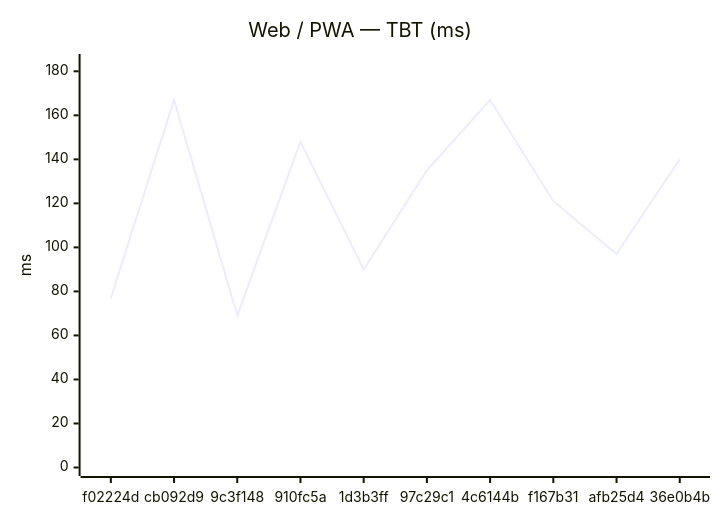
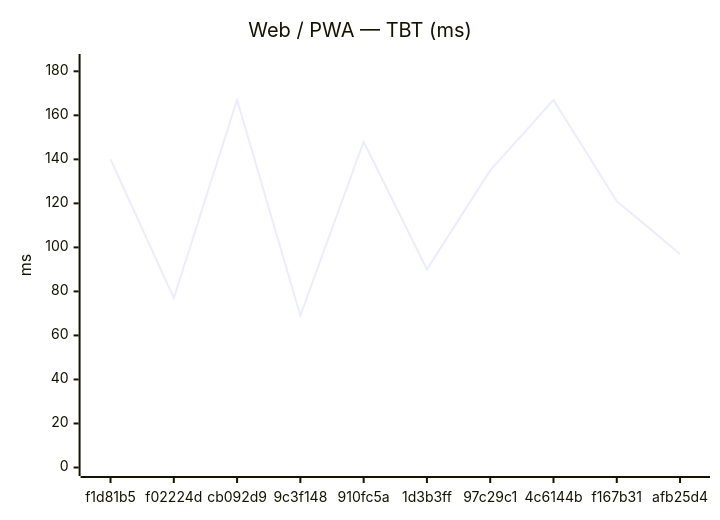
The second of 18 diagrams in benchmarks/compare.md (Metaheurist/Rianell), drawn with Mermaid before and after one commit. The commit also changed other lines of this file and 11 other files, not shown here.

````diff
--- a/benchmarks/compare.md
+++ b/benchmarks/compare.md
@@ -31,7 +31,7 @@
 ```mermaid
 xychart-beta
     title "Web / PWA — TBT (ms)"
-    x-axis ["f02224d", "cb092d9", "9c3f148", "910fc5a", "1d3b3ff", "97c29c1", "4c6144b", "f167b31", "afb25d4", "36e0b4b"]
+    x-axis ["f1d81b5", "f02224d", "cb092d9", "9c3f148", "910fc5a", "1d3b3ff", "97c29c1", "4c6144b", "f167b31", "afb25d4"]
     y-axis "ms" 0 --> 184
-    line [77, 167, 69, 148, 90, 135, 167, 121, 97, 140]
+    line [140, 77, 167, 69, 148, 90, 135, 167, 121, 97]
 ```
````
